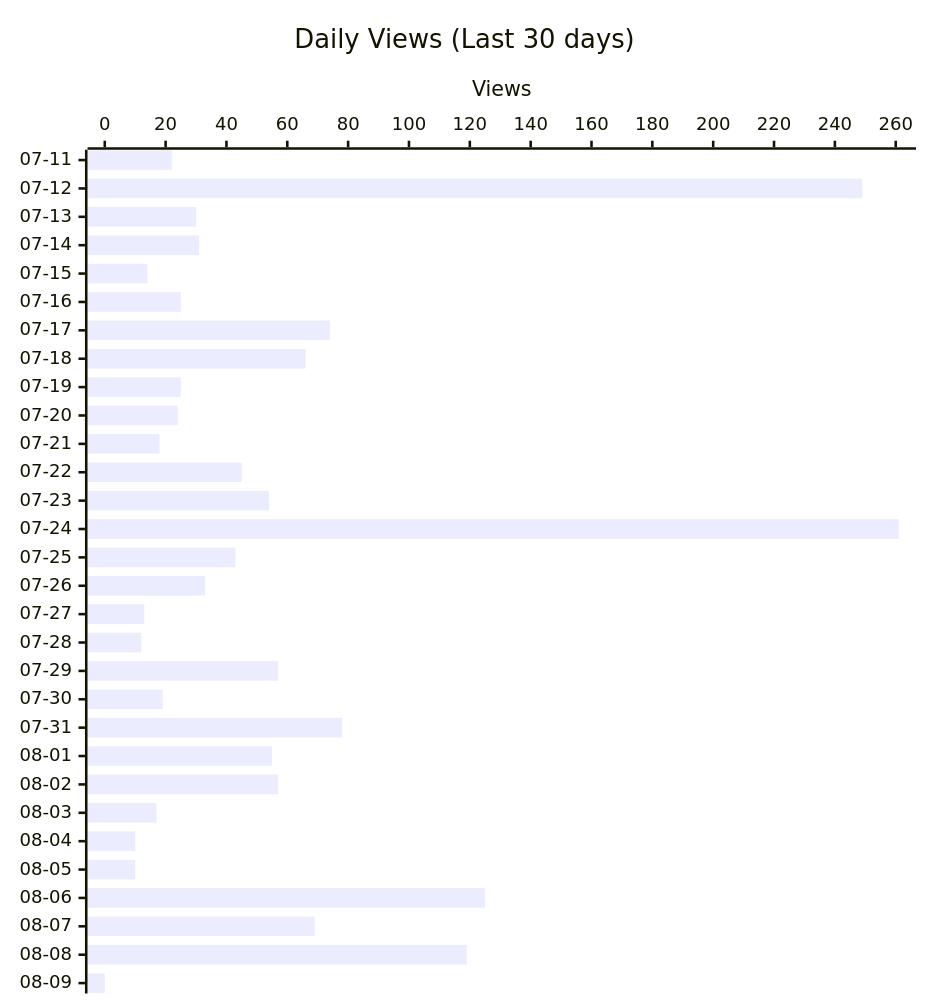
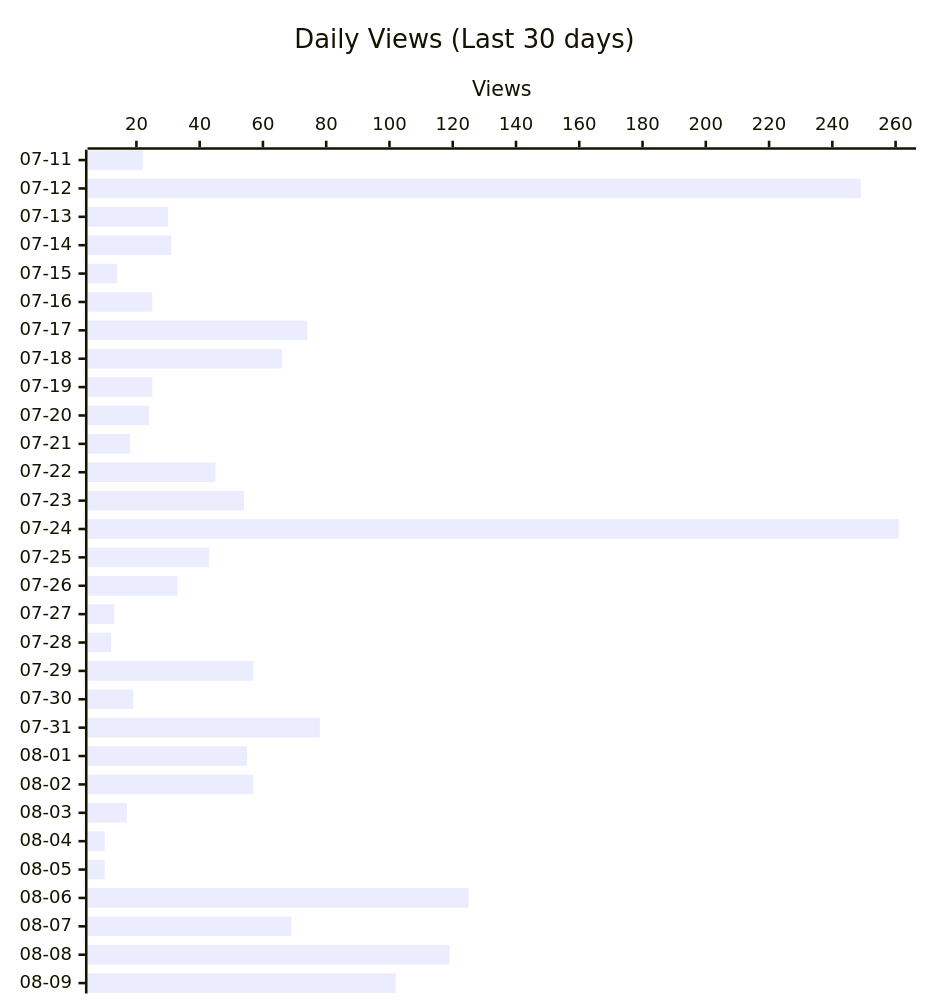
The second of 4 diagrams in README.md (shigechika/github-insights), drawn with Mermaid before and after one commit. The commit also changed other lines of this file and 2 other files, not shown here.

````diff
--- a/README.md
+++ b/README.md
@@ -28,12 +28,12 @@
 ```mermaid
 ---
 config:
   xyChart:
     height: 760
 ---
 xychart-beta horizontal
     title "Daily Views (Last 30 days)"
     x-axis ["07-11", "07-12", "07-13", "07-14", "07-15", "07-16", "07-17", "07-18", "07-19", "07-20", "07-21", "07-22", "07-23", "07-24", "07-25", "07-26", "07-27", "07-28", "07-29", "07-30", "07-31", "08-01", "08-02", "08-03", "08-04", "08-05", "08-06", "08-07", "08-08", "08-09"]
     y-axis "Views"
-    bar [22, 249, 30, 31, 14, 25, 74, 66, 25, 24, 18, 45, 54, 261, 43, 33, 13, 12, 57, 19, 78, 55, 57, 17, 10, 10, 125, 69, 119, 0]
+    bar [22, 249, 30, 31, 14, 25, 74, 66, 25, 24, 18, 45, 54, 261, 43, 33, 13, 12, 57, 19, 78, 55, 57, 17, 10, 10, 125, 69, 119, 102]
 ```
````
